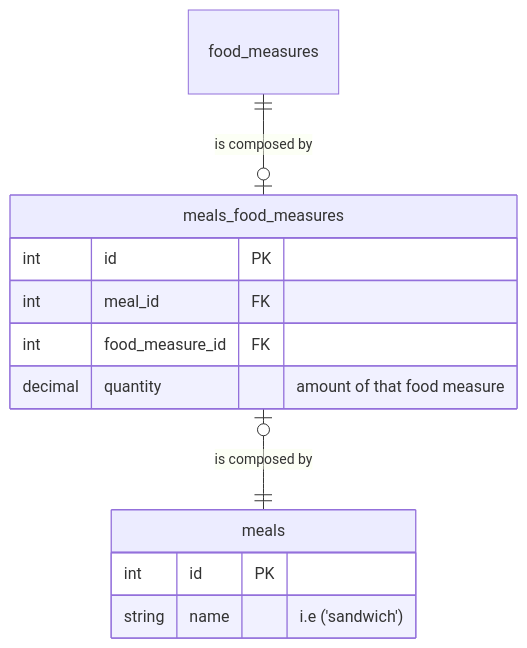
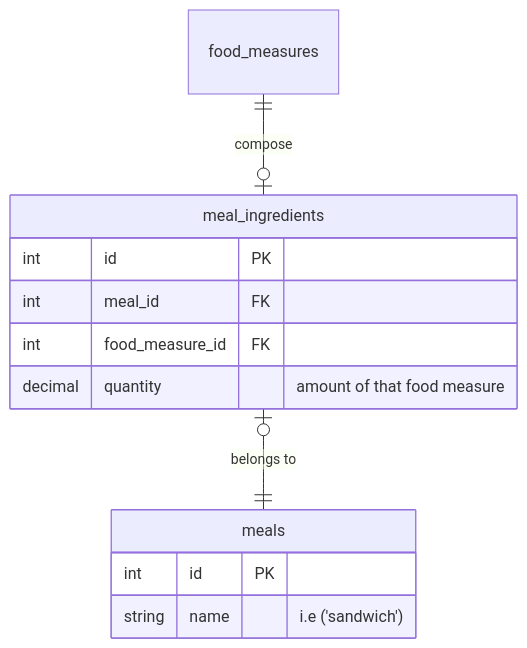
One commit to axelrizo/my_diet changed the second of 3 diagrams in docs/introduction/Introduction.md. Above: the diagram before and after it, drawn with Mermaid. The commit also changed other lines of this file, not shown here.

Commit message:
docs(relations): update meal and diet relationships in documentation, replace meals_food_measures with meal_ingredients and diets_meals with diet_plans

````diff
--- a/docs/introduction/Introduction.md
+++ b/docs/introduction/Introduction.md
@@ -40,15 +40,15 @@
 ```mermaid
 erDiagram
-  food_measures ||--o| meals_food_measures : "is composed by"
-  meals_food_measures |o--|| meals : "is composed by"
-  meals_food_measures{
+  food_measures ||--o| meal_ingredients : "compose"
+  meal_ingredients |o--|| meals : "belongs to"
+  meal_ingredients{
     int id PK
     int meal_id FK
     int food_measure_id FK
     decimal quantity "amount of that food measure"
   }
   meals{
     int id PK
     string name "i.e ('sandwich')"
   }
 ```
````
